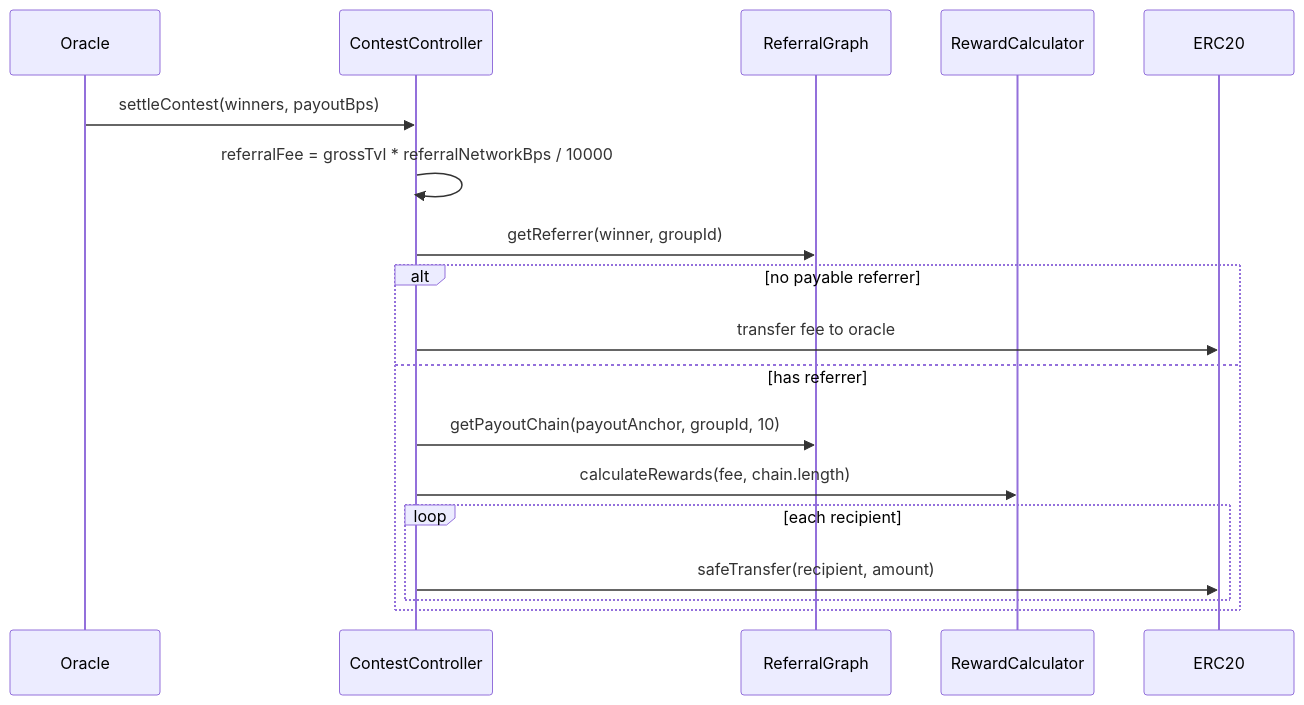
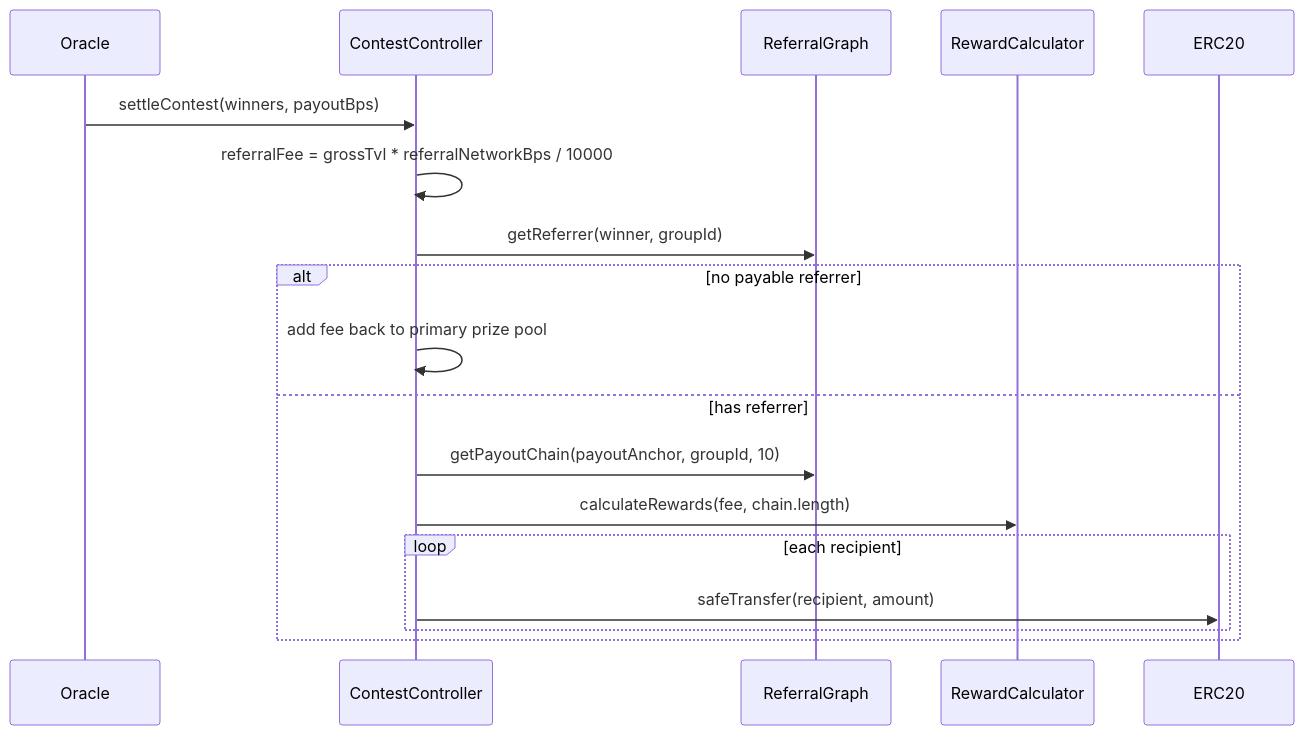
One commit to MagRelo/contestCatalyst changed the diagram in docs/ReferralNetworkIntegration.md. Above: the diagram before and after it, drawn with Mermaid. The commit also changed other lines of this file and 3 other files, not shown here.

First line of the commit message:
Refactor referral fee handling in ContestController

````diff
--- a/docs/ReferralNetworkIntegration.md
+++ b/docs/ReferralNetworkIntegration.md
@@ -9,21 +9,21 @@
 ```mermaid
 sequenceDiagram
     participant Oracle
     participant Contest as ContestController
     participant Graph as ReferralGraph
     participant Calc as RewardCalculator
     participant Token as ERC20
 
     Oracle->>Contest: settleContest(winners, payoutBps)
     Contest->>Contest: referralFee = grossTvl * referralNetworkBps / 10000
     Contest->>Graph: getReferrer(winner, groupId)
     alt no payable referrer
-        Contest->>Token: transfer fee to oracle
+        Contest->>Contest: add fee back to primary prize pool
     else has referrer
         Contest->>Graph: getPayoutChain(payoutAnchor, groupId, 10)
         Contest->>Calc: calculateRewards(fee, chain.length)
         loop each recipient
             Contest->>Token: safeTransfer(recipient, amount)
         end
     end
 ```
````
